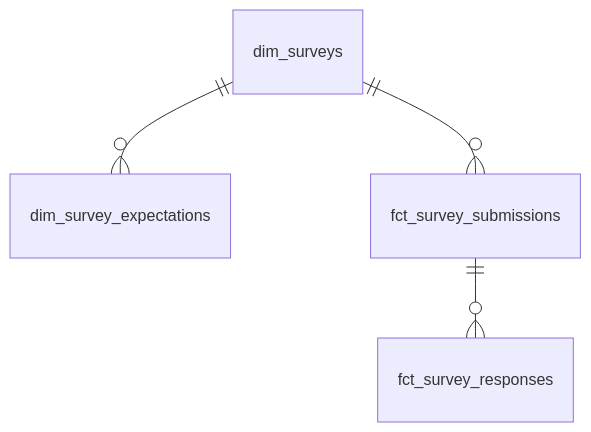
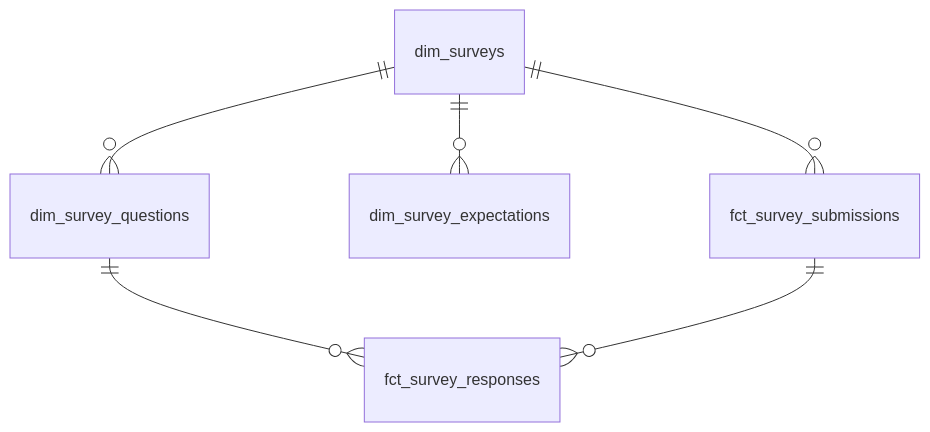
One commit to TEAMSchools/teamster changed the ninth of 10 diagrams in docs/superpowers/specs/2026-03-27-star-schema-data-mart-design.md. Above: the diagram before and after it, drawn with Mermaid. The commit also changed other lines of this file, not shown here.

First line of the commit message:
docs: revise star schema spec with staff domain decomposition and feedback

````diff
--- a/docs/superpowers/specs/2026-03-27-star-schema-data-mart-design.md
+++ b/docs/superpowers/specs/2026-03-27-star-schema-data-mart-design.md
@@ -502,6 +580,8 @@
 ```mermaid
 erDiagram
+    dim_surveys ||--o{ dim_survey_questions : ""
     dim_surveys ||--o{ dim_survey_expectations : ""
     dim_surveys ||--o{ fct_survey_submissions : ""
+    dim_survey_questions ||--o{ fct_survey_responses : ""
     fct_survey_submissions ||--o{ fct_survey_responses : ""
 ```
````
